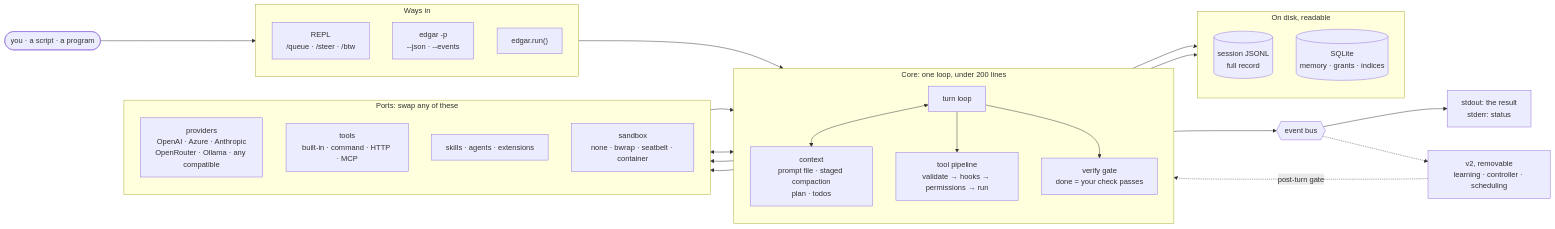
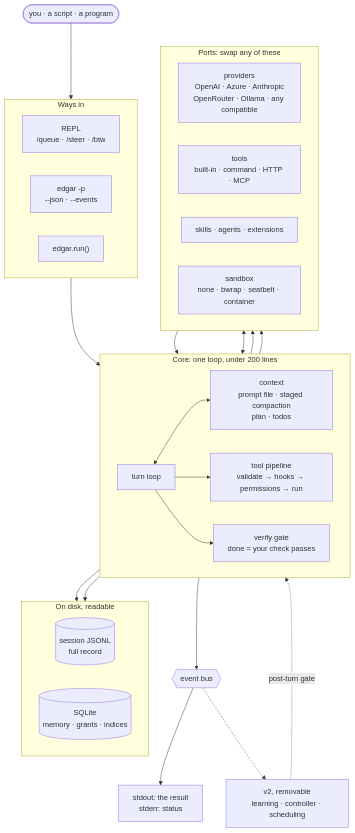
The diagram in README.md (vespassassina/edgar), drawn with Mermaid before and after one commit.

Commit message:
docs(readme): lay the block diagram out top to bottom so it stays legible

````diff
--- a/README.md
+++ b/README.md
@@ -57,50 +57,50 @@
 ```mermaid
-flowchart LR
+flowchart TB
     you(["you · a script · a program"])
 
     subgraph entry["Ways in"]
-        direction TB
+        direction LR
         repl["REPL<br/>/queue · /steer · /btw"]
         oneshot["edgar -p<br/>--json · --events"]
         api["edgar.run()"]
     end
 
     subgraph core["Core: one loop, under 200 lines"]
-        direction TB
+        direction LR
         loop["turn loop"]
         ctx["context<br/>prompt file · staged compaction<br/>plan · todos"]
         exec["tool pipeline<br/>validate → hooks → permissions → run"]
         verify["verify gate<br/>done = your check passes"]
     end
 
     subgraph ports["Ports: swap any of these"]
-        direction TB
+        direction LR
         prov["providers<br/>OpenAI · Azure · Anthropic<br/>OpenRouter · Ollama · any compatible"]
         tools["tools<br/>built-in · command · HTTP · MCP"]
         skills["skills · agents · extensions"]
         sandbox["sandbox<br/>none · bwrap · seatbelt · container"]
     end
 
     subgraph disk["On disk, readable"]
-        direction TB
+        direction LR
         jsonl[("session JSONL<br/>full record")]
         db[("SQLite<br/>memory · grants · indices")]
     end
 
     bus{{"event bus"}}
     out["stdout: the result<br/>stderr: status"]
     v2["v2, removable<br/>learning · controller · scheduling"]
 
     you --> entry --> loop
     loop <--> ctx
     loop <--> prov
     loop --> exec --> tools
     exec --> sandbox
     skills --> ctx
     loop --> verify
     loop --> bus --> out
     loop --> jsonl
     ctx --> db
     bus -.-> v2
     v2 -. post-turn gate .-> loop
 ```
````
